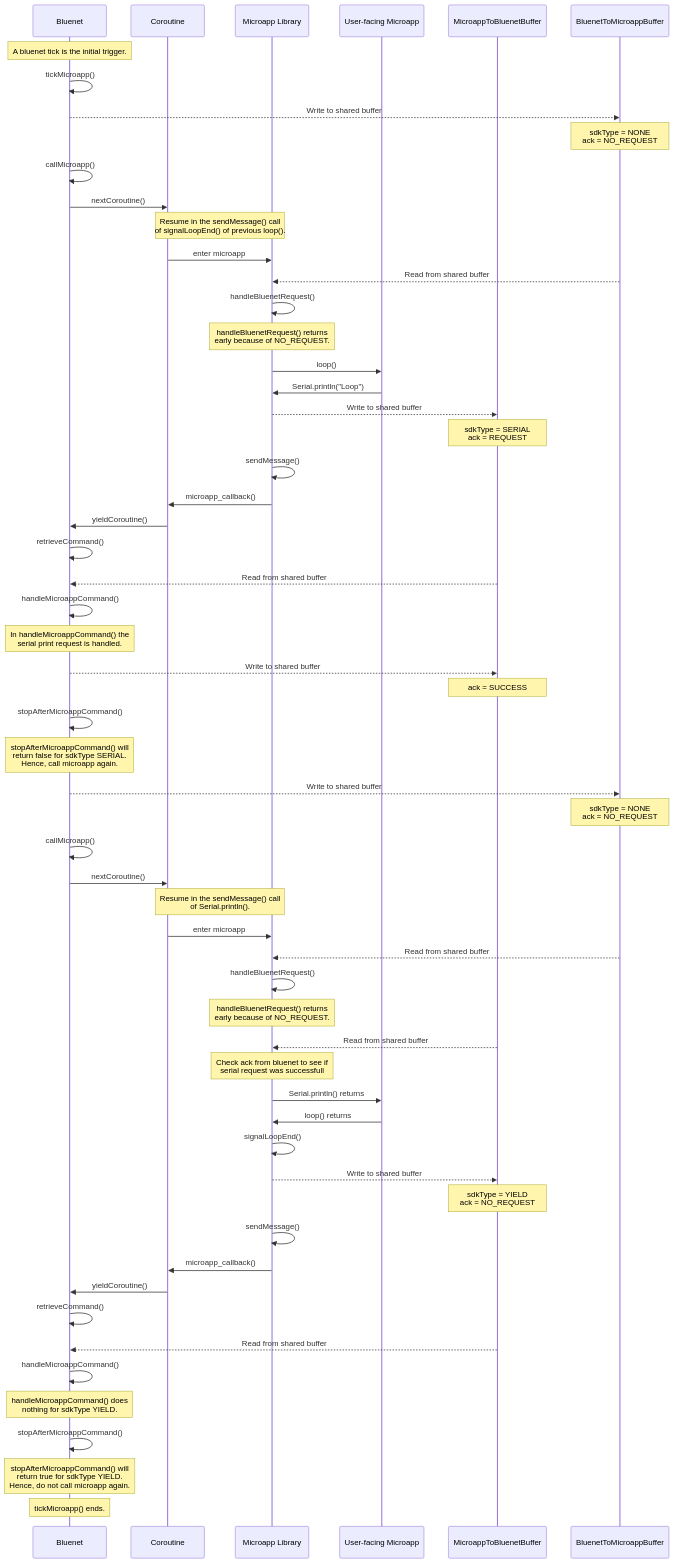
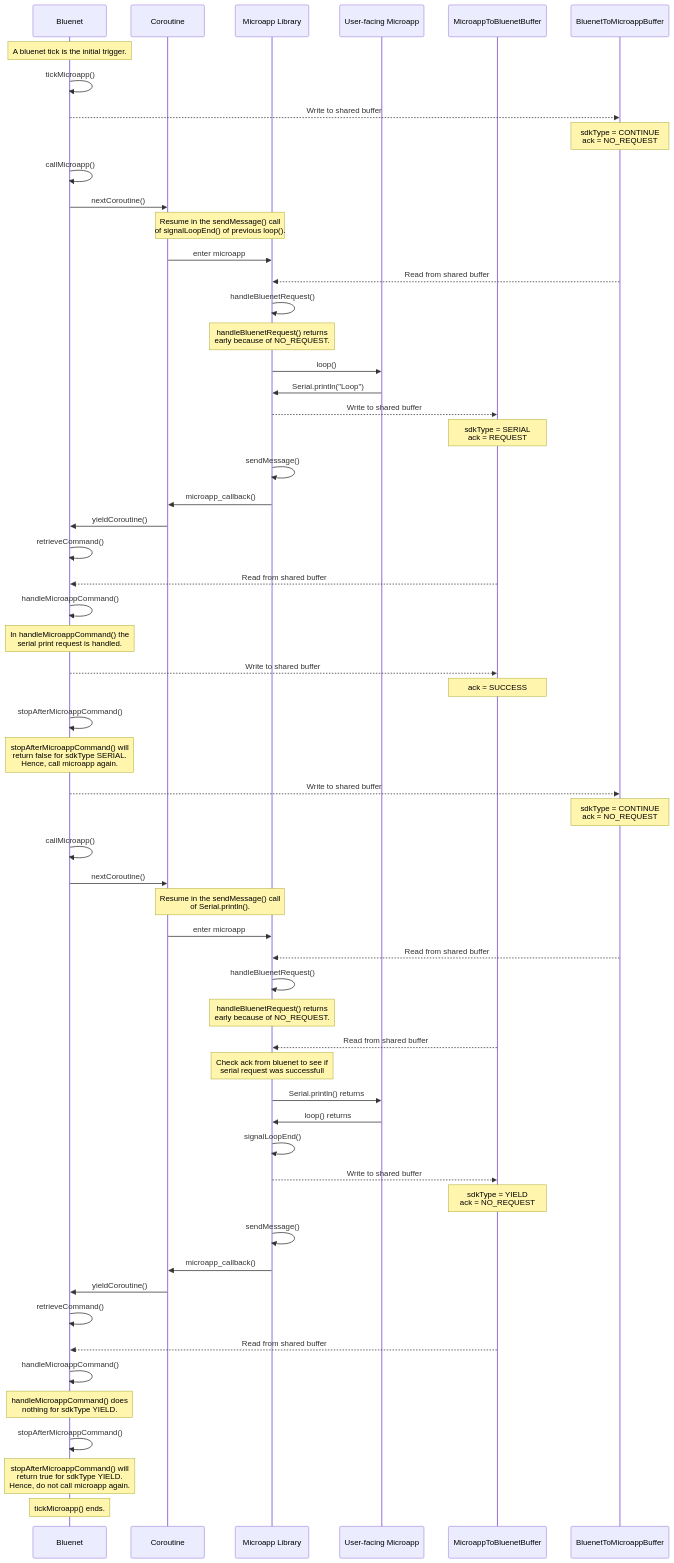
Before and after one commit to crownstone/crownstone-microapp: the first of 3 diagrams in docs/CONTROL_FLOW.md, drawn with Mermaid. The commit also changed other lines of this file, not shown here.

Commit message:
update based on architecture discussion

````diff
--- a/docs/CONTROL_FLOW.md
+++ b/docs/CONTROL_FLOW.md
@@ -23,62 +23,62 @@
 ```mermaid
 sequenceDiagram
     participant b as Bluenet
     participant c as Coroutine
     participant m as Microapp Library
     participant um as User-facing Microapp
     participant m2b as MicroappToBluenetBuffer
     participant b2m as BluenetToMicroappBuffer
 
     Note over b : A bluenet tick is the initial trigger.
     b ->> b : tickMicroapp()
     b -->> b2m : Write to shared buffer
-    Note over b2m : sdkType = NONE <br> ack = NO_REQUEST
+    Note over b2m : sdkType = CONTINUE <br> ack = NO_REQUEST
     b ->> b : callMicroapp()
     b ->> c : nextCoroutine()
     Note over c,m : Resume in the sendMessage() call <br> of signalLoopEnd() of previous loop().
     c ->> m : enter microapp
     b2m -->> m : Read from shared buffer
     m ->> m : handleBluenetRequest()
     Note over m : handleBluenetRequest() returns <br> early because of NO_REQUEST.
     m ->> um : loop()
     um ->> m : Serial.println("Loop")
     m -->> m2b : Write to shared buffer
     Note over m2b: sdkType = SERIAL <br> ack = REQUEST
     m ->> m : sendMessage()
     m ->> c : microapp_callback()
     c ->> b : yieldCoroutine()
     b ->> b : retrieveCommand()
     m2b -->> b : Read from shared buffer
     b ->> b : handleMicroappCommand()
     Note over b : In handleMicroappCommand() the <br> serial print request is handled.
     b -->> m2b : Write to shared buffer
     Note over m2b : ack = SUCCESS
     b ->> b : stopAfterMicroappCommand()
     Note over b : stopAfterMicroappCommand() will <br> return false for sdkType SERIAL. <br> Hence, call microapp again.
     b -->> b2m : Write to shared buffer
-    Note over b2m : sdkType = NONE <br> ack = NO_REQUEST
+    Note over b2m : sdkType = CONTINUE <br> ack = NO_REQUEST
     b ->> b : callMicroapp()
     b ->> c : nextCoroutine()
     Note over c,m : Resume in the sendMessage() call <br> of Serial.println().
     c ->> m : enter microapp
     b2m -->> m : Read from shared buffer
     m ->> m : handleBluenetRequest()
     Note over m : handleBluenetRequest() returns <br> early because of NO_REQUEST.
     m2b -->> m : Read from shared buffer
     Note over m : Check ack from bluenet to see if <br> serial request was successfull
     m ->> um : Serial.println() returns
     um ->> m : loop() returns
     m ->> m : signalLoopEnd()
     m -->> m2b : Write to shared buffer
     Note over m2b : sdkType = YIELD <br> ack = NO_REQUEST
     m ->> m : sendMessage()
     m ->> c : microapp_callback()
     c ->> b : yieldCoroutine()
     b ->> b : retrieveCommand()
     m2b -->> b : Read from shared buffer
     b ->> b : handleMicroappCommand()
     Note over b : handleMicroappCommand() does <br> nothing for sdkType YIELD.
     b ->> b : stopAfterMicroappCommand()
     Note over b : stopAfterMicroappCommand() will <br> return true for sdkType YIELD. <br> Hence, do not call microapp again.
     Note over b : tickMicroapp() ends.
 ```
````
